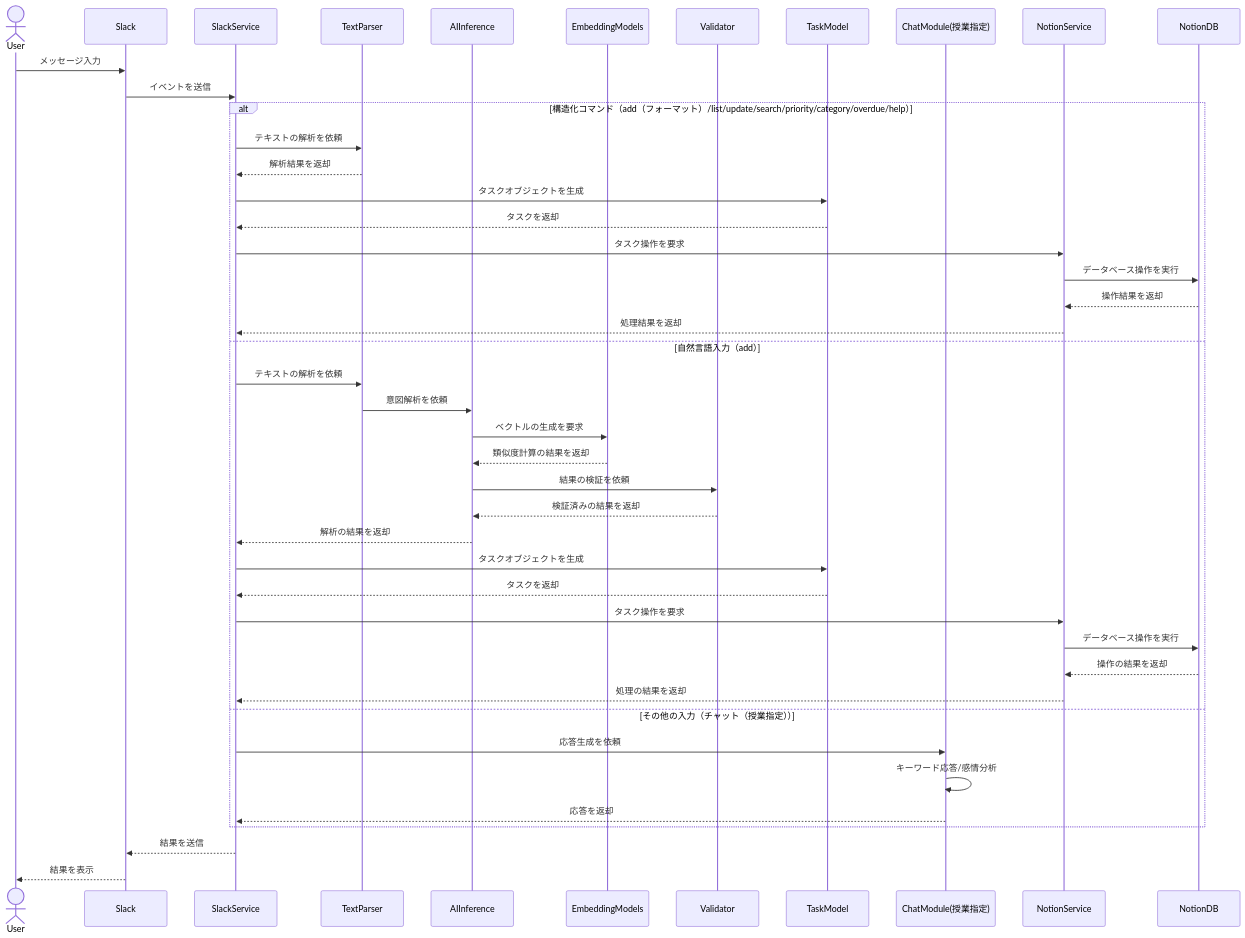
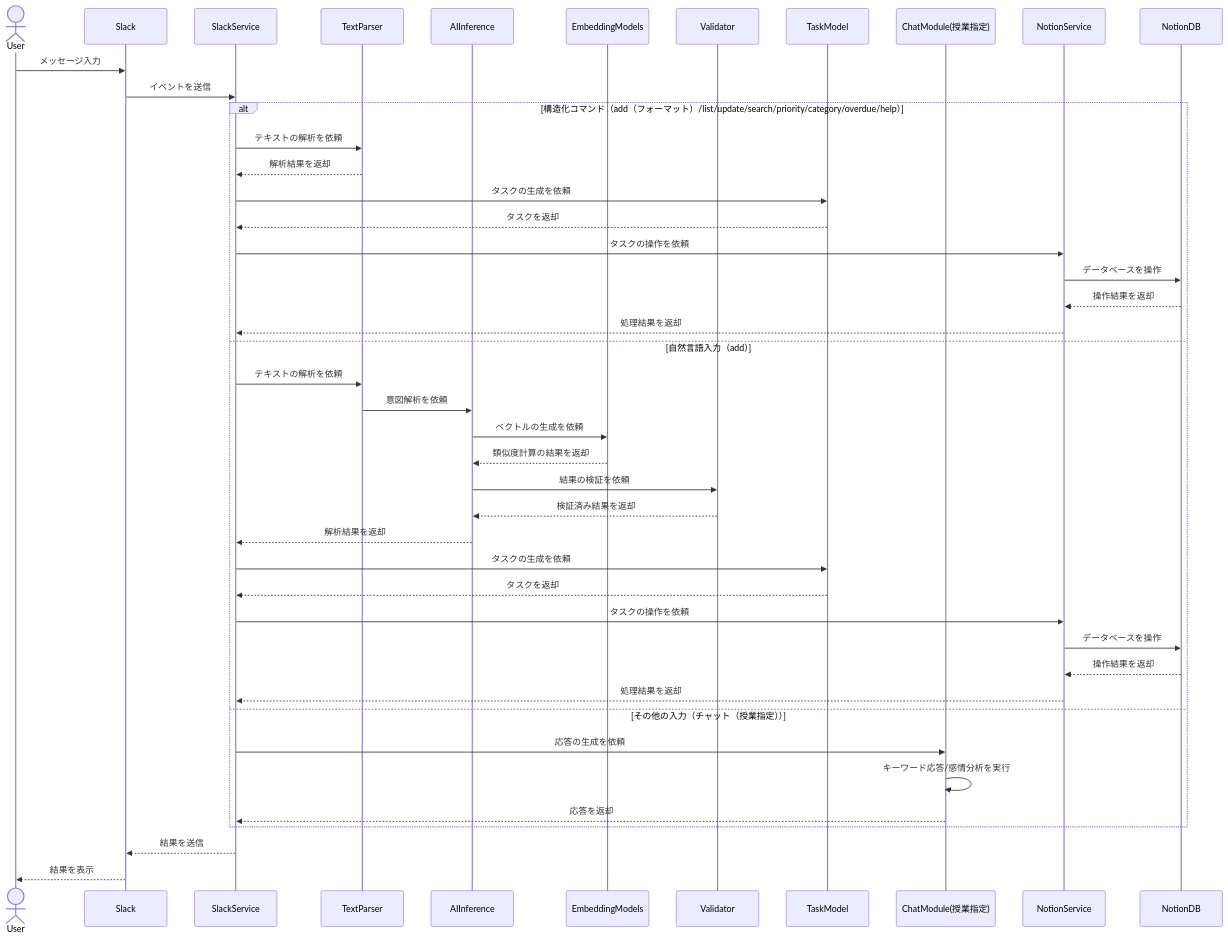
Before and after one commit to YL08140921/Task-Manager-for-Slack-bot: the third of 3 diagrams in docs/システム概要.md, drawn with Mermaid. The commit also changed other lines of this file, not shown here.

Commit message:
システム概要のdocs-修正

````diff
--- a/docs/システム概要.md
+++ b/docs/システム概要.md
@@ -129,49 +129,49 @@
 ```mermaid
 sequenceDiagram
     actor User
     participant Slack
     participant SS as SlackService
     participant TP as TextParser
     participant AI as AIInference
     participant EM as EmbeddingModels
     participant Val as Validator
     participant TM as TaskModel
     participant CM as ChatModule(授業指定)    
     participant NS as NotionService
     participant Notion as NotionDB
 
     User->>Slack: メッセージ入力
     Slack->>SS: イベントを送信
 
     alt 構造化コマンド（add（フォーマット）/list/update/search/priority/category/overdue/help）
         SS->>TP: テキストの解析を依頼
         TP-->>SS: 解析結果を返却
-        SS->>TM: タスクオブジェクトを生成
+        SS->>TM: タスクの生成を依頼
         TM-->>SS: タスクを返却
-        SS->>NS: タスク操作を要求
-        NS->>Notion: データベース操作を実行
+        SS->>NS: タスクの操作を依頼
+        NS->>Notion: データベースを操作
         Notion-->>NS: 操作結果を返却
         NS-->>SS: 処理結果を返却
     else 自然言語入力（add）
         SS->>TP: テキストの解析を依頼
         TP->>AI: 意図解析を依頼
-        AI->>EM: ベクトルの生成を要求
+        AI->>EM: ベクトルの生成を依頼
         EM-->>AI: 類似度計算の結果を返却
         AI->>Val: 結果の検証を依頼
-        Val-->>AI: 検証済みの結果を返却
-        AI-->>SS: 解析の結果を返却
-        SS->>TM: タスクオブジェクトを生成
+        Val-->>AI: 検証済み結果を返却
+        AI-->>SS: 解析結果を返却
+        SS->>TM: タスクの生成を依頼
         TM-->>SS: タスクを返却
-        SS->>NS: タスク操作を要求
-        NS->>Notion: データベース操作を実行
-        Notion-->>NS: 操作の結果を返却
-        NS-->>SS: 処理の結果を返却
+        SS->>NS: タスクの操作を依頼
+        NS->>Notion: データベースを操作
+        Notion-->>NS: 操作結果を返却
+        NS-->>SS: 処理結果を返却
     else その他の入力（チャット（授業指定））
-        SS->>CM: 応答生成を依頼
-        CM->>CM: キーワード応答/感情分析
+        SS->>CM: 応答の生成を依頼
+        CM->>CM: キーワード応答/感情分析を実行
         CM-->>SS: 応答を返却
     end
 
     SS-->>Slack: 結果を送信
     Slack-->>User: 結果を表示
 ```
````
